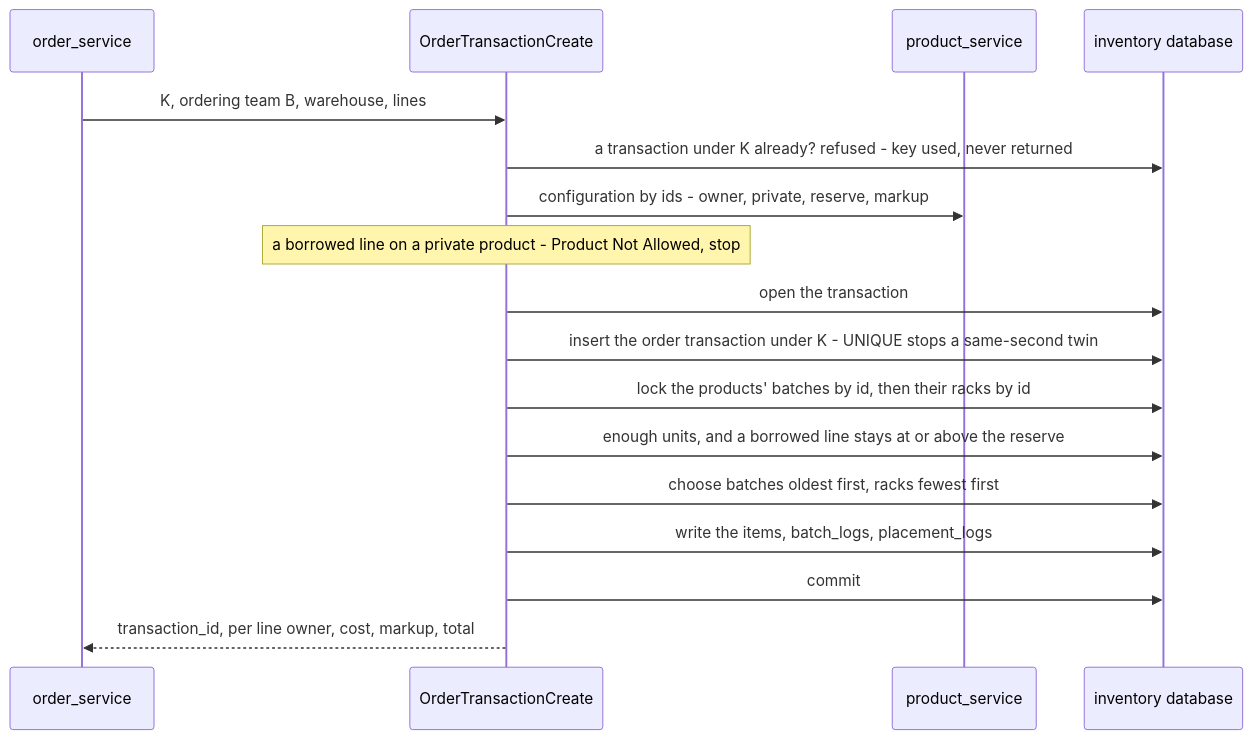
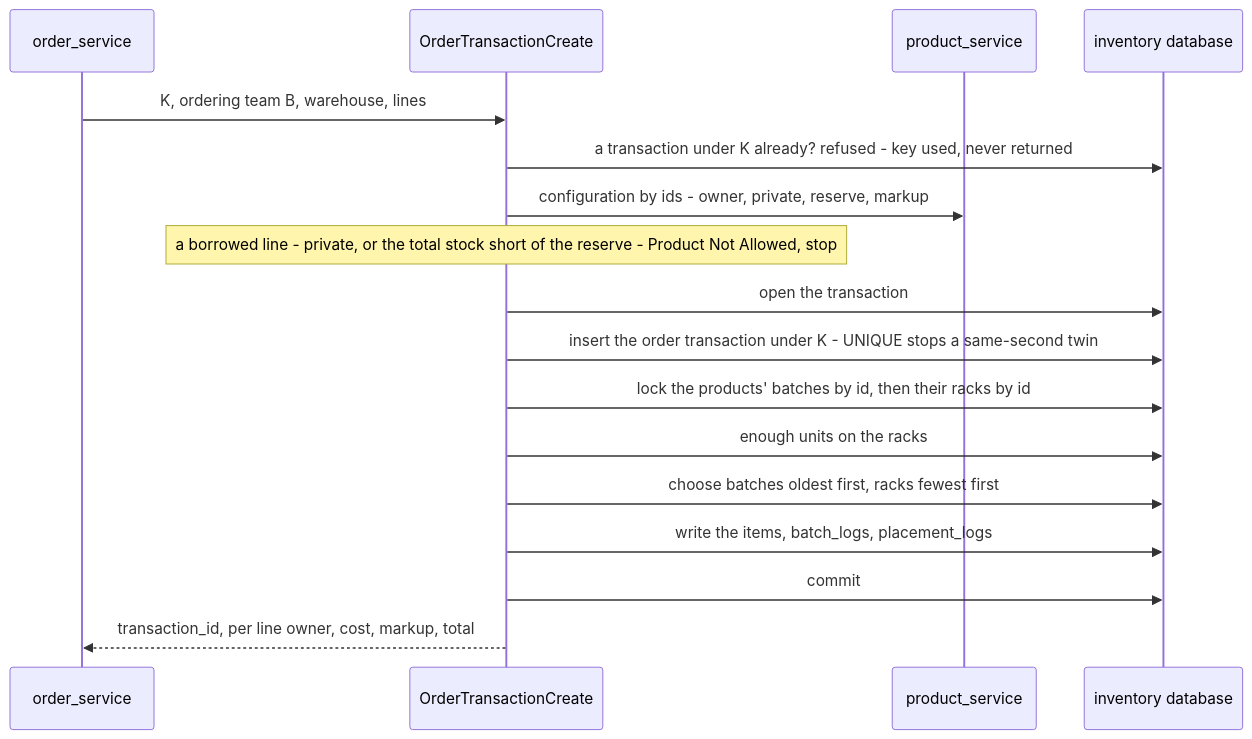
One commit to pdcgo/warehouse_revamp changed the first of 6 diagrams in docs/business/inventory/order_clarify.md. Above: the diagram before and after it, drawn with Mermaid. The commit also changed other lines of this file and 12 other files, not shown here.

````diff
--- a/docs/business/inventory/order_clarify.md
+++ b/docs/business/inventory/order_clarify.md
@@ -65,19 +90,19 @@
 ```mermaid
 sequenceDiagram
   participant O as order_service
   participant I as OrderTransactionCreate
   participant P as product_service
   participant D as inventory database
   O->>I: K, ordering team B, warehouse, lines
   I->>D: a transaction under K already? refused - key used, never returned
   I->>P: configuration by ids - owner, private, reserve, markup
-  Note over I: a borrowed line on a private product - Product Not Allowed, stop
+  Note over I: a borrowed line - private, or the total stock short of the reserve - Product Not Allowed, stop
   I->>D: open the transaction
   I->>D: insert the order transaction under K - UNIQUE stops a same-second twin
   I->>D: lock the products' batches by id, then their racks by id
-  I->>D: enough units, and a borrowed line stays at or above the reserve
+  I->>D: enough units on the racks
   I->>D: choose batches oldest first, racks fewest first
   I->>D: write the items, batch_logs, placement_logs
   I->>D: commit
   I-->>O: transaction_id, per line owner, cost, markup, total
 ```
````
